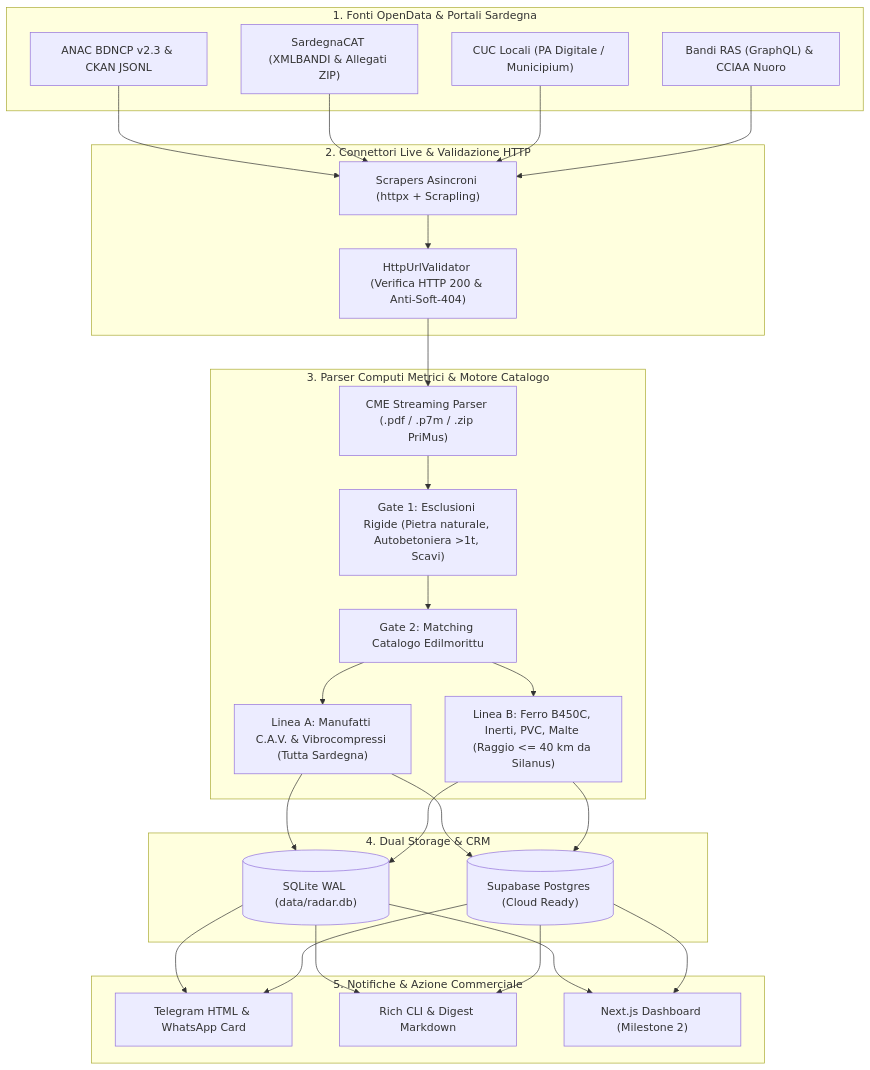
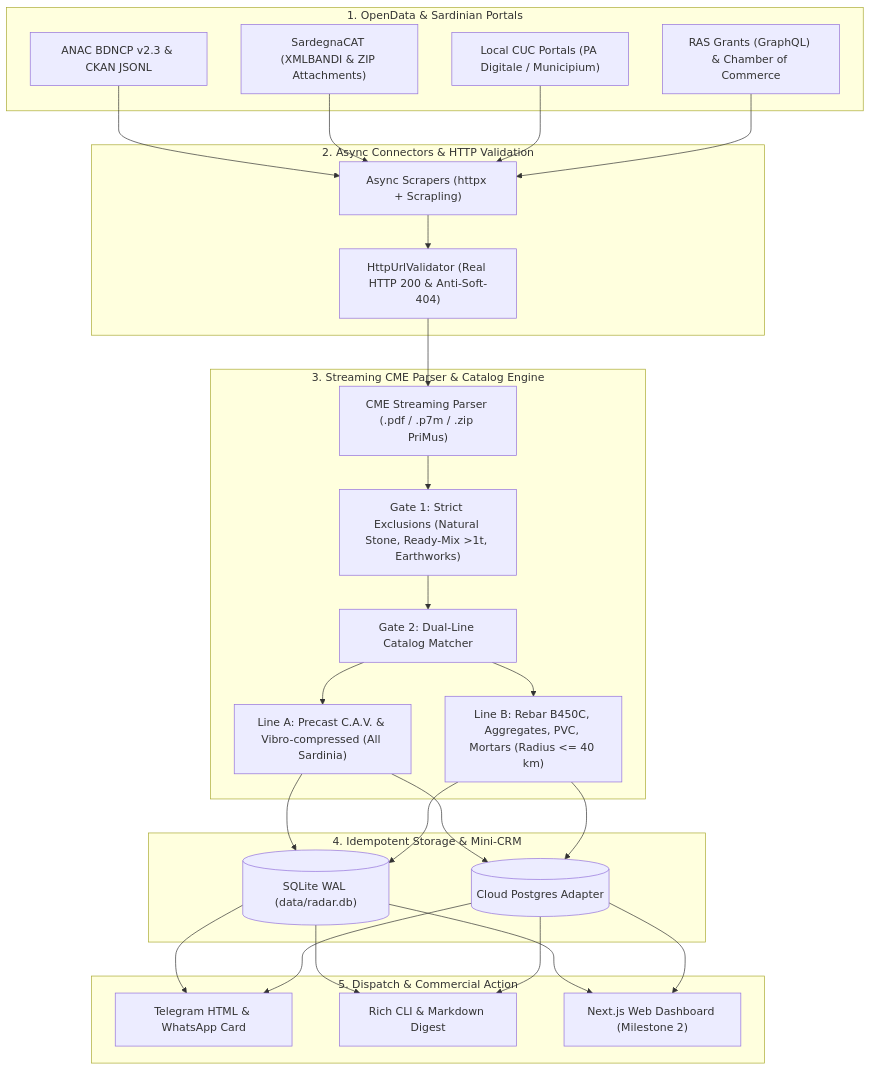
Before and after one commit to MMorittu/sardegna-b2b-radar: the diagram in ARCHITECTURE.md, drawn with Mermaid. The commit also changed other lines of this file and 20 other files, not shown here.

````diff
--- a/ARCHITECTURE.md
+++ b/ARCHITECTURE.md
@@ -9,42 +9,42 @@
 ```mermaid
 flowchart TD
-    subgraph Sources["1. Fonti OpenData & Portali Sardegna"]
+    subgraph Sources["1. OpenData & Sardinian Portals"]
         ANAC["ANAC BDNCP v2.3 & CKAN JSONL"]
-        SCAT["SardegnaCAT (XMLBANDI & Allegati ZIP)"]
-        CUC["CUC Locali (PA Digitale / Municipium)"]
-        GRANTS["Bandi RAS (GraphQL) & CCIAA Nuoro"]
+        SCAT["SardegnaCAT (XMLBANDI & ZIP Attachments)"]
+        CUC["Local CUC Portals (PA Digitale / Municipium)"]
+        GRANTS["RAS Grants (GraphQL) & Chamber of Commerce"]
     end
 
-    subgraph Ingestion["2. Connettori Live & Validazione HTTP"]
-        SCRAPERS["Scrapers Asincroni (httpx + Scrapling)"]
-        VALIDATOR["HttpUrlValidator (Verifica HTTP 200 & Anti-Soft-404)"]
+    subgraph Ingestion["2. Async Connectors & HTTP Validation"]
+        SCRAPERS["Async Scrapers (httpx + Scrapling)"]
+        VALIDATOR["HttpUrlValidator (Real HTTP 200 & Anti-Soft-404)"]
     end
 
-    subgraph CMEEngine["3. Parser Computi Metrici & Motore Catalogo"]
+    subgraph CMEEngine["3. Streaming CME Parser & Catalog Engine"]
         PARSER["CME Streaming Parser (.pdf / .p7m / .zip PriMus)"]
-        GATE1["Gate 1: Esclusioni Rigide (Pietra naturale, Autobetoniera >1t, Scavi)"]
-        GATE2["Gate 2: Matching Catalogo Edilmorittu"]
-        LINEA_A["Linea A: Manufatti C.A.V. & Vibrocompressi (Tutta Sardegna)"]
-        LINEA_B["Linea B: Ferro B450C, Inerti, PVC, Malte (Raggio <= 40 km da Silanus)"]
+        GATE1["Gate 1: Strict Exclusions (Natural Stone, Ready-Mix >1t, Earthworks)"]
+        GATE2["Gate 2: Dual-Line Catalog Matcher"]
+        LINEA_A["Line A: Precast C.A.V. & Vibro-compressed (All Sardinia)"]
+        LINEA_B["Line B: Rebar B450C, Aggregates, PVC, Mortars (Radius <= 40 km)"]
     end
 
-    subgraph Storage["4. Dual Storage & CRM"]
+    subgraph Storage["4. Idempotent Storage & Mini-CRM"]
         SQLITE[("SQLite WAL (data/radar.db)")]
-        SUPABASE[("Supabase Postgres (Cloud Ready)")]
+        CLOUD[("Cloud Postgres Adapter")]
     end
 
-    subgraph Output["5. Notifiche & Azione Commerciale"]
+    subgraph Output["5. Dispatch & Commercial Action"]
         TG["Telegram HTML & WhatsApp Card"]
-        CLI["Rich CLI & Digest Markdown"]
-        DASH["Next.js Dashboard (Milestone 2)"]
+        CLI["Rich CLI & Markdown Digest"]
+        DASH["Next.js Web Dashboard (Milestone 2)"]
     end
 
     ANAC & SCAT & CUC & GRANTS --> SCRAPERS
     SCRAPERS --> VALIDATOR
     VALIDATOR --> PARSER
     PARSER --> GATE1
     GATE1 --> GATE2
     GATE2 --> LINEA_A & LINEA_B
-    LINEA_A & LINEA_B --> SQLITE & SUPABASE
-    SQLITE & SUPABASE --> TG & CLI & DASH
+    LINEA_A & LINEA_B --> SQLITE & CLOUD
+    SQLITE & CLOUD --> TG & CLI & DASH
 ```
````
